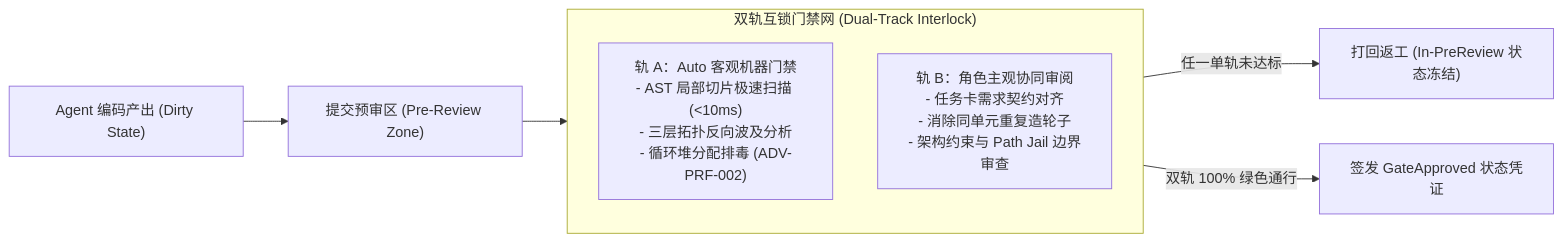
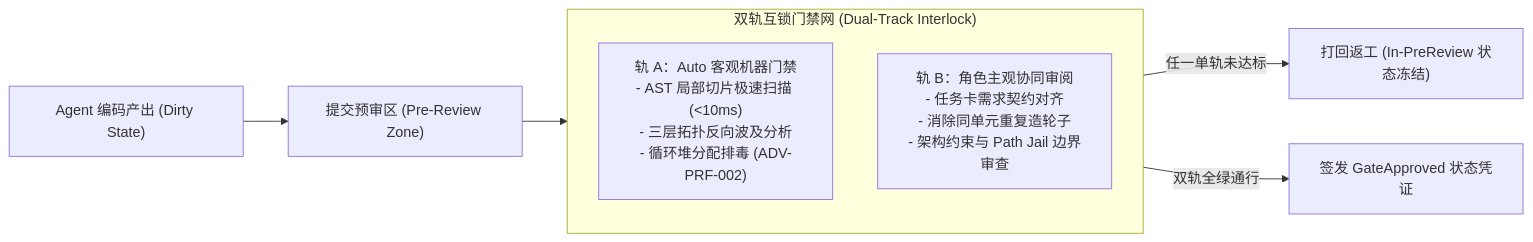
Before and after one commit to guilingzhouyi-creator/vscode-extensions: the first of 2 diagrams in fractal-git/docs/03-pre-review-zone-and-auto-gating.md, drawn with Mermaid. The commit also changed other lines of this file and 20 other files, not shown here.

````diff
--- a/fractal-git/docs/03-pre-review-zone-and-auto-gating.md
+++ b/fractal-git/docs/03-pre-review-zone-and-auto-gating.md
@@ -16,13 +16,13 @@
 ```mermaid
 flowchart LR
   DIRTY["Agent 编码产出 (Dirty State)"] --> PRZ["提交预审区 (Pre-Review Zone)"]
   
   subgraph DUAL_TRACK["双轨互锁门禁网 (Dual-Track Interlock)"]
     AUTO["轨 A：Auto 客观机器门禁<br/>- AST 局部切片极速扫描 (<10ms)<br/>- 三层拓扑反向波及分析<br/>- 循环堆分配排毒 (ADV-PRF-002)"]
     ROLE["轨 B：角色主观协同审阅<br/>- 任务卡需求契约对齐<br/>- 消除同单元重复造轮子<br/>- 架构约束与 Path Jail 边界审查"]
   end
 
   PRZ --> DUAL_TRACK
   DUAL_TRACK -->|"任一单轨未达标"| REWORK["打回返工 (In-PreReview 状态冻结)"]
-  DUAL_TRACK -->|"双轨 100% 绿色通行"| PASS["签发 GateApproved 状态凭证"]
+  DUAL_TRACK -->|"双轨全绿通行"| PASS["签发 GateApproved 状态凭证"]
 ```
````
